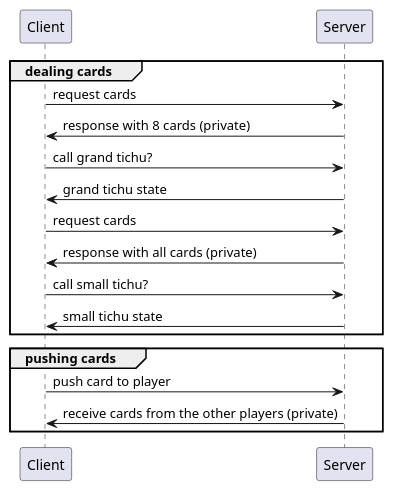
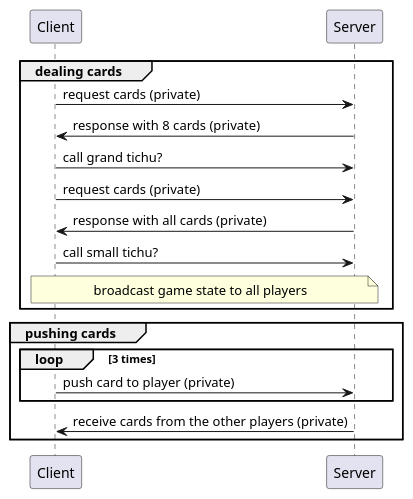
One commit to jaunerc/tichu changed the diagram in .documentation/protocol.puml. Above: the diagram before and after it, drawn with PlantUML.

Commit message:
update the protocol documentation

```diff
--- a/.documentation/protocol.puml
+++ b/.documentation/protocol.puml
@@ -1,20 +1,21 @@
 @startuml
 participant Client as c
 participant Server as s
 
 group dealing cards
-    c -> s: request cards
+    c -> s: request cards (private)
     s -> c: response with 8 cards (private)
     c -> s: call grand tichu?
-    s -> c: grand tichu state
-    c -> s: request cards
+    c -> s: request cards (private)
     s -> c: response with all cards (private)
     c -> s: call small tichu?
-    s -> c: small tichu state
+    note over c,s: broadcast game state to all players
 end
 
 group pushing cards
-    c -> s: push card to player
+    loop 3 times
+        c -> s: push card to player (private)
+    end
     s -> c: receive cards from the other players (private)
 end
 @enduml
```
